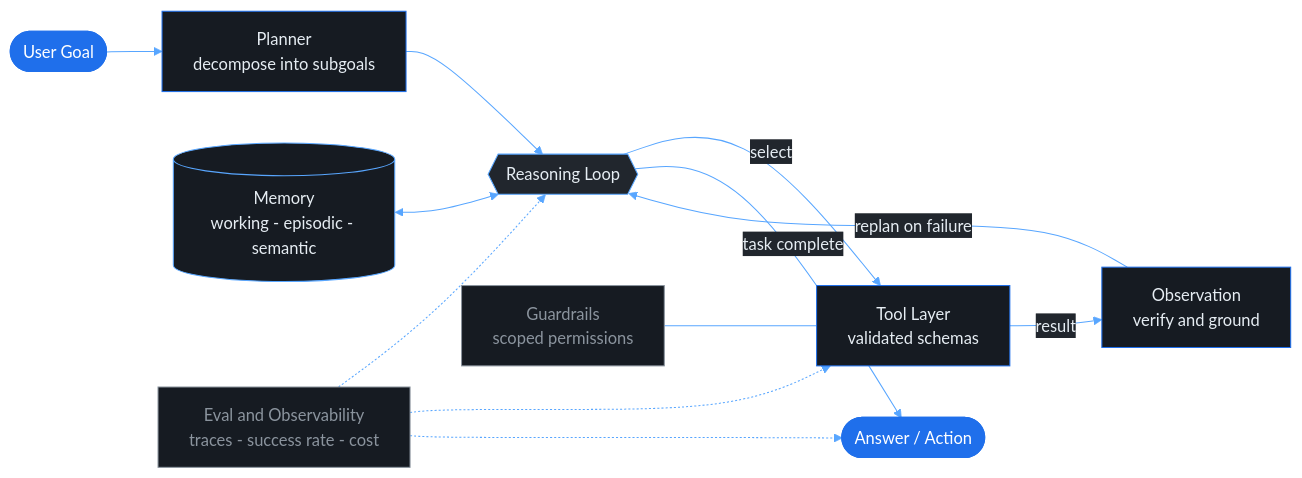
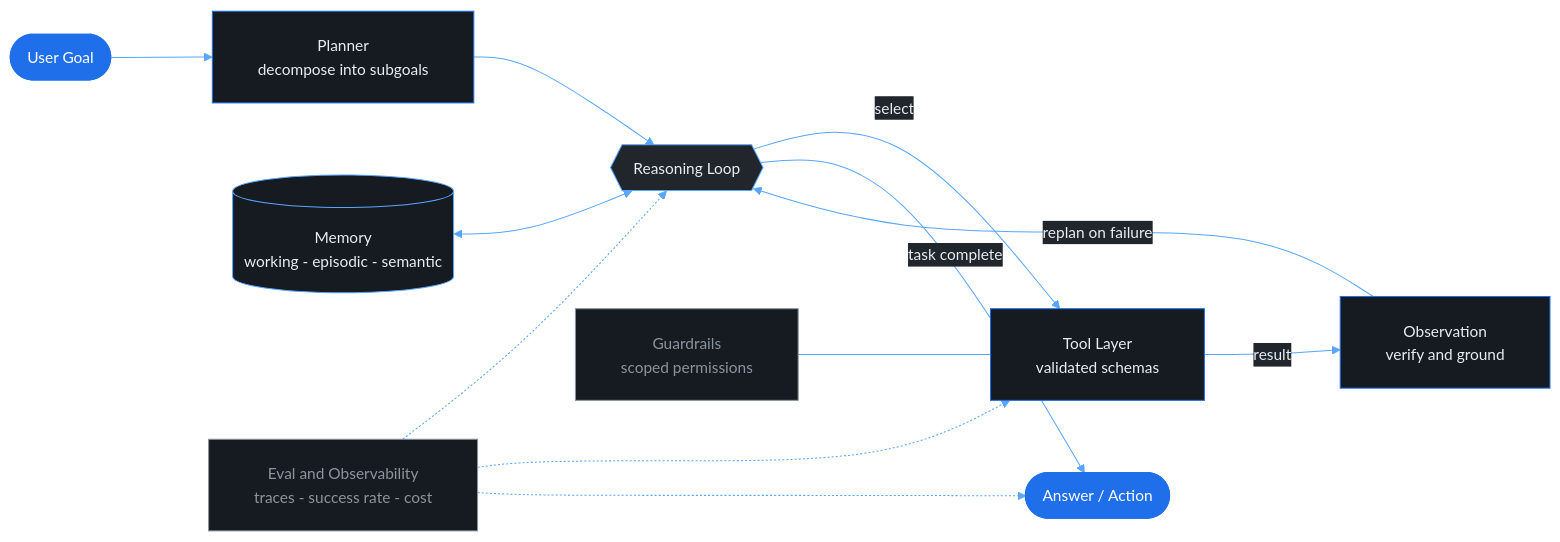
Before and after one commit to adityajadhavv18/adityajadhavv18: the diagram in README.md, drawn with Mermaid.

Commit message:
fix: Update mermaid diagram configuration for improved readability

````diff
--- a/README.md
+++ b/README.md
@@ -97,23 +97,23 @@
 ```mermaid
-%%{init: {'theme':'base','themeVariables':{'primaryColor':'#161B22','primaryTextColor':'#E6EDF3','primaryBorderColor':'#1F6FEB','lineColor':'#58A6FF','secondaryColor':'#21262D','tertiaryColor':'#0D1117','fontFamily':'ui-monospace, monospace'}}}%%
+%%{init: {'theme':'base','themeVariables':{'primaryColor':'#161B22','primaryTextColor':'#E6EDF3','primaryBorderColor':'#1F6FEB','lineColor':'#58A6FF','secondaryColor':'#21262D','tertiaryColor':'#0D1117','fontSize':'15px'},'flowchart':{'padding':22,'nodeSpacing':70,'rankSpacing':95,'curve':'basis'}}}%%
 flowchart LR
     U([User Goal]) --> P[Planner<br/>decompose into subgoals]
     P --> R{{Reasoning Loop}}
     R -->|select| T[Tool Layer<br/>validated schemas]
     T -->|result| O[Observation<br/>verify and ground]
     O -->|replan on failure| R
     R -->|task complete| A([Answer / Action])
 
     M[(Memory<br/>working - episodic - semantic)] <--> R
     G[Guardrails<br/>scoped permissions] --- T
     E[Eval and Observability<br/>traces - success rate - cost] -.-> R
     E -.-> T
     E -.-> A
 
     style U fill:#1F6FEB,stroke:#1F6FEB,color:#fff
     style A fill:#1F6FEB,stroke:#1F6FEB,color:#fff
     style R fill:#21262D,stroke:#58A6FF,color:#E6EDF3
     style E fill:#161B22,stroke:#8B949E,color:#8B949E
     style G fill:#161B22,stroke:#8B949E,color:#8B949E
     style M fill:#161B22,stroke:#58A6FF,color:#E6EDF3
 ```
````
